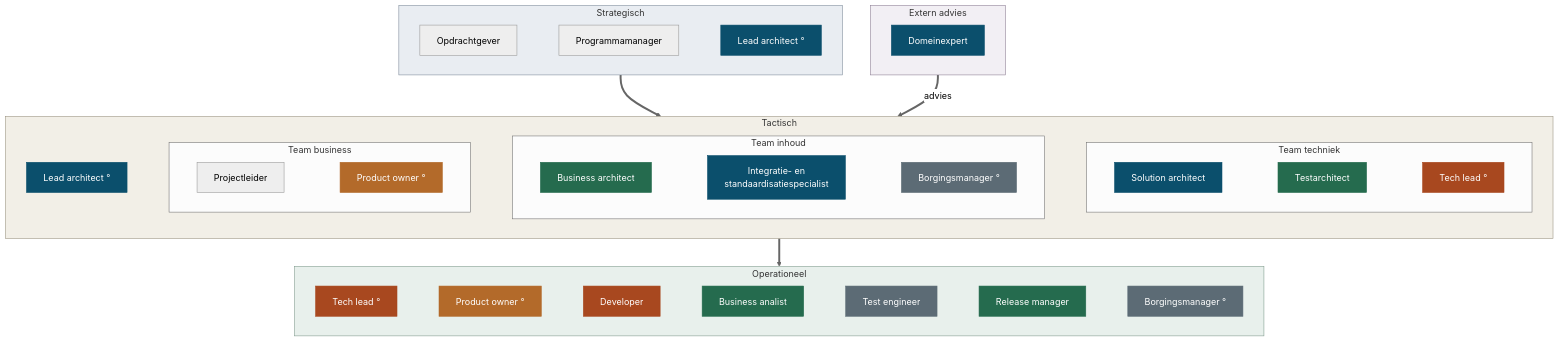
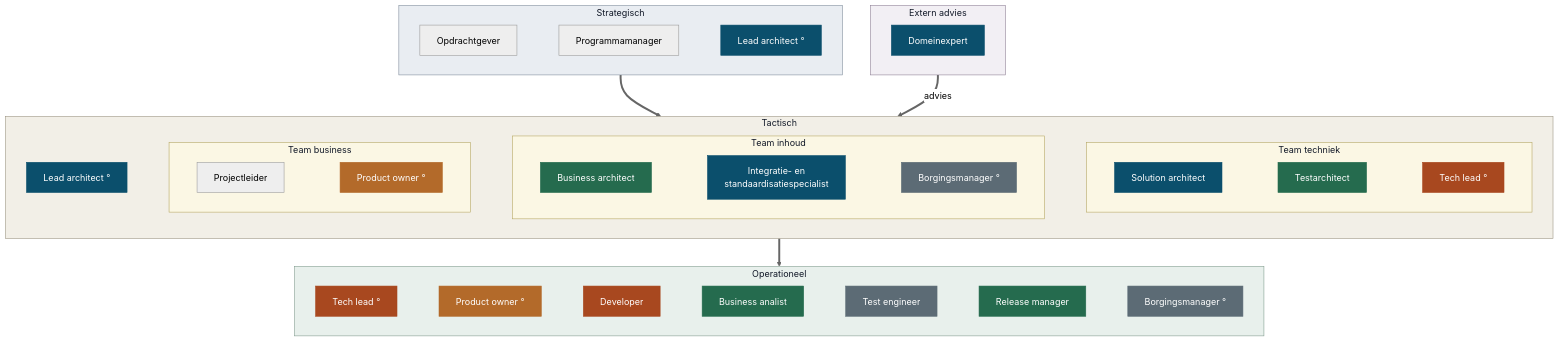
Before and after one commit to Npuls-OKx/meta: the third of 3 diagrams in presentaties/src/260903_rollen.md, drawn with Mermaid (neutral theme). The commit also changed other lines of this file, not shown here.

````diff
--- a/presentaties/src/260903_rollen.md
+++ b/presentaties/src/260903_rollen.md
@@ -288,56 +294,59 @@
 ```mermaid
 flowchart TB
   subgraph EX["Extern advies"]
     direction LR
     DE["Domeinexpert"]
   end
   subgraph S["Strategisch"]
     direction LR
     OG["Opdrachtgever"] ~~~ PM["Programmamanager"] ~~~ LA1["Lead architect °"]
   end
   subgraph T["Tactisch"]
     direction LR
     LA2["Lead architect °"]
     subgraph TB2["Team business"]
       direction LR
       PL["Projectleider"] ~~~ PO1["Product owner °"]
     end
     subgraph TI["Team inhoud"]
       direction LR
       BAR["Business architect"] ~~~ IS["Integratie- en<br/>standaardisatiespecialist"] ~~~ BM1["Borgingsmanager °"]
     end
     subgraph TT["Team techniek"]
       direction LR
       SA["Solution architect"] ~~~ TA["Testarchitect"] ~~~ TL1["Tech lead °"]
     end
     LA2 ~~~ TB2 ~~~ TI ~~~ TT
   end
   subgraph O["Operationeel"]
     direction LR
     TL2["Tech lead °"] ~~~ PO2["Product owner °"] ~~~ DEV["Developer"] ~~~ BA["Business analist"] ~~~ TE["Test engineer"] ~~~ RM["Release manager"] ~~~ BM2["Borgingsmanager °"]
   end
   S ==> T
   T ==> O
   EX ==>|advies| T
-  style EX fill:#f2eff4,stroke:#8c7e94
-  style S fill:#e9edf2,stroke:#7d8a99
-  style T fill:#f2efe7,stroke:#9a9280
-  style O fill:#e8f0ec,stroke:#7f9a8c
+  style TB2 fill:#fbf7e4,stroke:#b3a55f,color:#111827
+  style TI fill:#fbf7e4,stroke:#b3a55f,color:#111827
+  style TT fill:#fbf7e4,stroke:#b3a55f,color:#111827
+  style EX fill:#f2eff4,stroke:#8c7e94,color:#111827
+  style S fill:#e9edf2,stroke:#7d8a99,color:#111827
+  style T fill:#f2efe7,stroke:#9a9280,color:#111827
+  style O fill:#e8f0ec,stroke:#7f9a8c,color:#111827
   style LA1 fill:#0B4F6C,stroke:#0B4F6C,color:#fff
   style LA2 fill:#0B4F6C,stroke:#0B4F6C,color:#fff
   style SA fill:#0B4F6C,stroke:#0B4F6C,color:#fff
   style IS fill:#0B4F6C,stroke:#0B4F6C,color:#fff
   style DE fill:#0B4F6C,stroke:#0B4F6C,color:#fff
   style PO1 fill:#B36A2A,stroke:#B36A2A,color:#fff
   style PO2 fill:#B36A2A,stroke:#B36A2A,color:#fff
   style TL1 fill:#A8481F,stroke:#A8481F,color:#fff
   style TL2 fill:#A8481F,stroke:#A8481F,color:#fff
   style DEV fill:#A8481F,stroke:#A8481F,color:#fff
   style BAR fill:#256B4E,stroke:#256B4E,color:#fff
   style BA fill:#256B4E,stroke:#256B4E,color:#fff
   style TA fill:#256B4E,stroke:#256B4E,color:#fff
   style RM fill:#256B4E,stroke:#256B4E,color:#fff
   style TE fill:#5C6B75,stroke:#5C6B75,color:#fff
   style BM1 fill:#5C6B75,stroke:#5C6B75,color:#fff
   style BM2 fill:#5C6B75,stroke:#5C6B75,color:#fff
 ```
````
